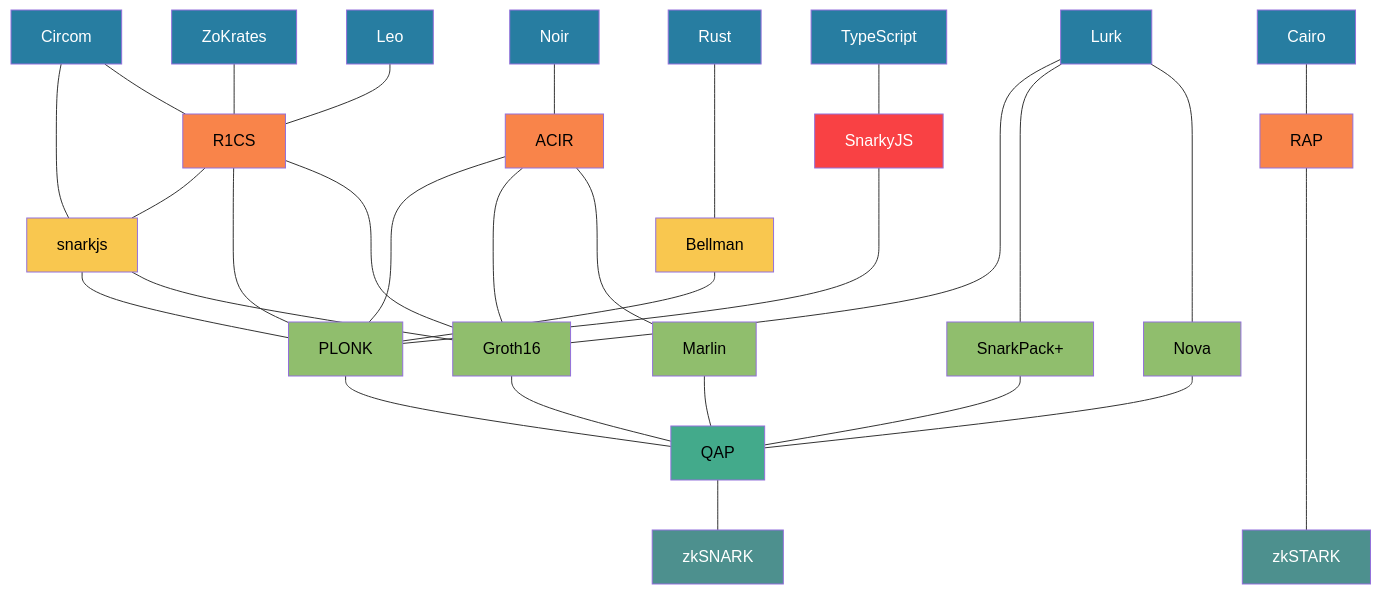
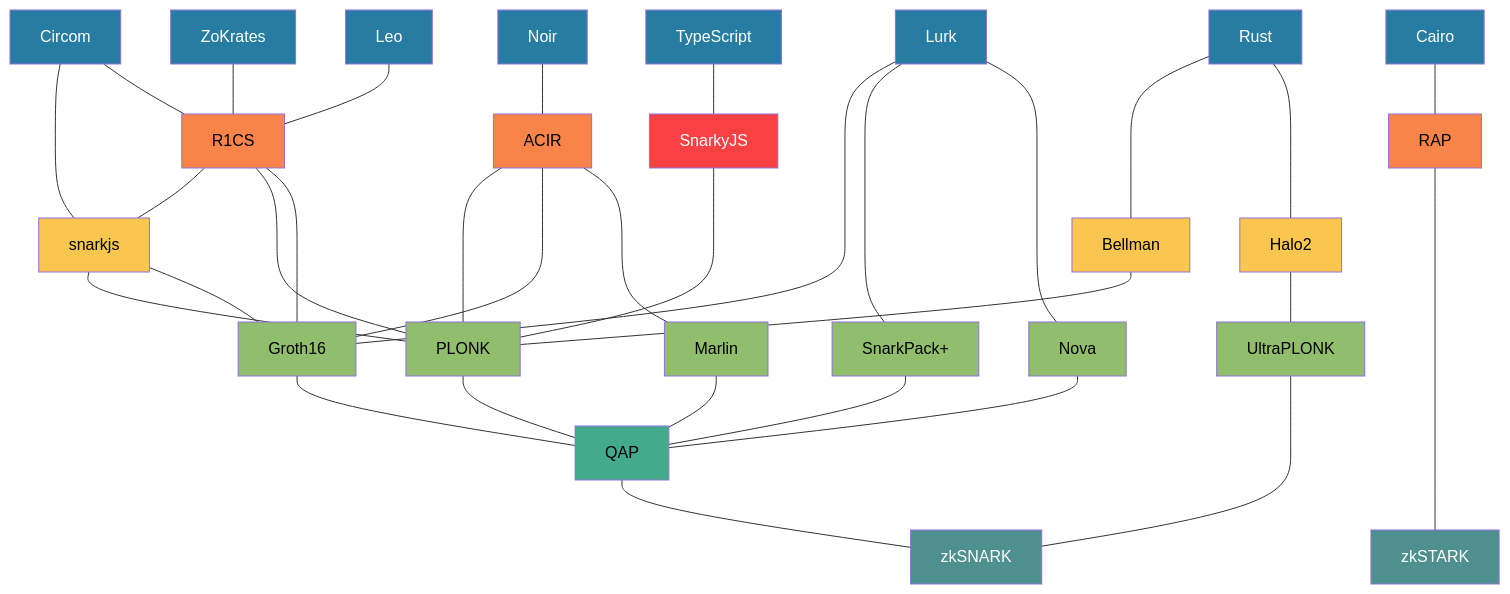
Before and after one commit to alxkzmn/zk-atlas: the first of 2 diagrams in README.md, drawn with Mermaid.

Commit message:
Add Halo2

````diff
--- a/README.md
+++ b/README.md
@@ -5,70 +5,74 @@
 ```mermaid
 graph TD
     TypeScript --- SnarkyJS
     Rust ---- Bellman
+    Rust --- Halo2
     Circom ---- snarkjs 
     Circom --- R1CS
     snarkjs --- PLONK
     snarkjs --- Groth16
     R1CS --- snarkjs
     R1CS --- PLONK
     R1CS --- Groth16
     ZoKrates --- R1CS
     Leo --- R1CS
     Bellman --- PLONK
+    Halo2 --- UltraPLONK
     Noir --- ACIR
     Marlin --- QAP
     Lurk ----- Groth16
     Lurk ----- SnarkPack[SnarkPack+]
     Lurk ----- Nova
     Groth16 --- QAP
     PLONK --- QAP
     SnarkPack --- QAP
     Nova --- QAP
     ACIR ---- PLONK
     ACIR ---- Groth16
     ACIR ---- Marlin
     QAP --- zkSNARK
+    UltraPLONK ---- zkSNARK
     SnarkyJS ---- PLONK
     Cairo --- RAP
     RAP ------ zkSTARK
     
     classDef framework fill:#f94144,color:#fff
     classDef lang fill:#277da1,color:#fff
     classDef compiler fill:#f8961e,color:#000
     classDef intermediate fill:#f9844a,color:#000
     classDef lib fill:#f9c74f,color:#000
     classDef provingSystem fill:#90be6d,color:#000
     classDef algForm fill:#43aa8b,color:#000
     classDef tech fill:#4d908e,color:#fff
     classDef color9 fill:#f3722c,color:#000
     classDef color10 fill:#577590,color:#000
     
     class SnarkyJS framework
     class Circom,ZoKrates,Leo,Noir,Cairo,Lurk,Rust,TypeScript lang
     class R1CS,ACIR,RAP intermediate
-    class snarkjs,Bellman lib
-    class Groth16,PLONK,Marlin,SnarkPack,Nova provingSystem
+    class snarkjs,Bellman,Halo2 lib
+    class Groth16,PLONK,Marlin,SnarkPack,Nova,UltraPLONK provingSystem
     class QAP algForm
     class zkSNARK,zkSTARK tech
     
     click Circom href "https://docs.circom.io/"
     click ZoKrates href "https://zokrates.github.io/"
     click Leo href "https://leo-lang.org/"
     click Noir href "https://docs.aztec.network/developers/noir"
     click snarkjs href "https://github.com/iden3/snarkjs"
     click Cairo href "https://eprint.iacr.org/2021/1063.pdf"
     click RAP href "https://eprint.iacr.org/2021/1063.pdf"
     click Lurk href "https://github.com/lurk-lang"
     click SnarkPack href "https://research.protocol.ai/blog/2021/snarkpack-how-to-aggregate-snarks-efficiently/"
     click Nova href "https://github.com/microsoft/Nova"
     click Bellman href "https://github.com/matter-labs/bellman"
     click Rust href "https://www.rust-lang.org/"
     click SnarkyJS href "https://github.com/o1-labs/snarkyjs"
     click TypeScript href "https://www.typescriptlang.org/"
     click ACIR href "https://noir-lang.github.io/book/acir.html"
     click PLONK href "https://eprint.iacr.org/2019/953.pdf"
     click Groth16 href "https://eprint.iacr.org/2016/260.pdf"
     click Marlin href "https://eprint.iacr.org/2019/1047.pdf"
     click zkSTARK href "https://eprint.iacr.org/2018/046.pdf"
+    click Halo2 href "https://zcash.github.io/halo2/index.html"
 ```
````
